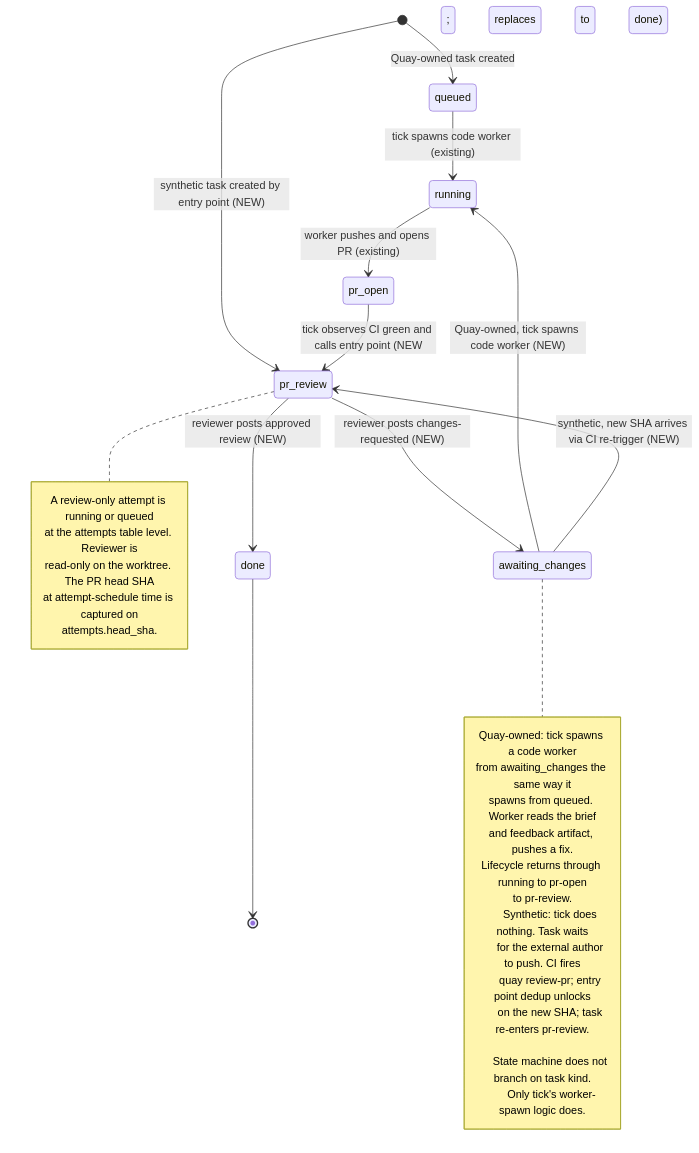
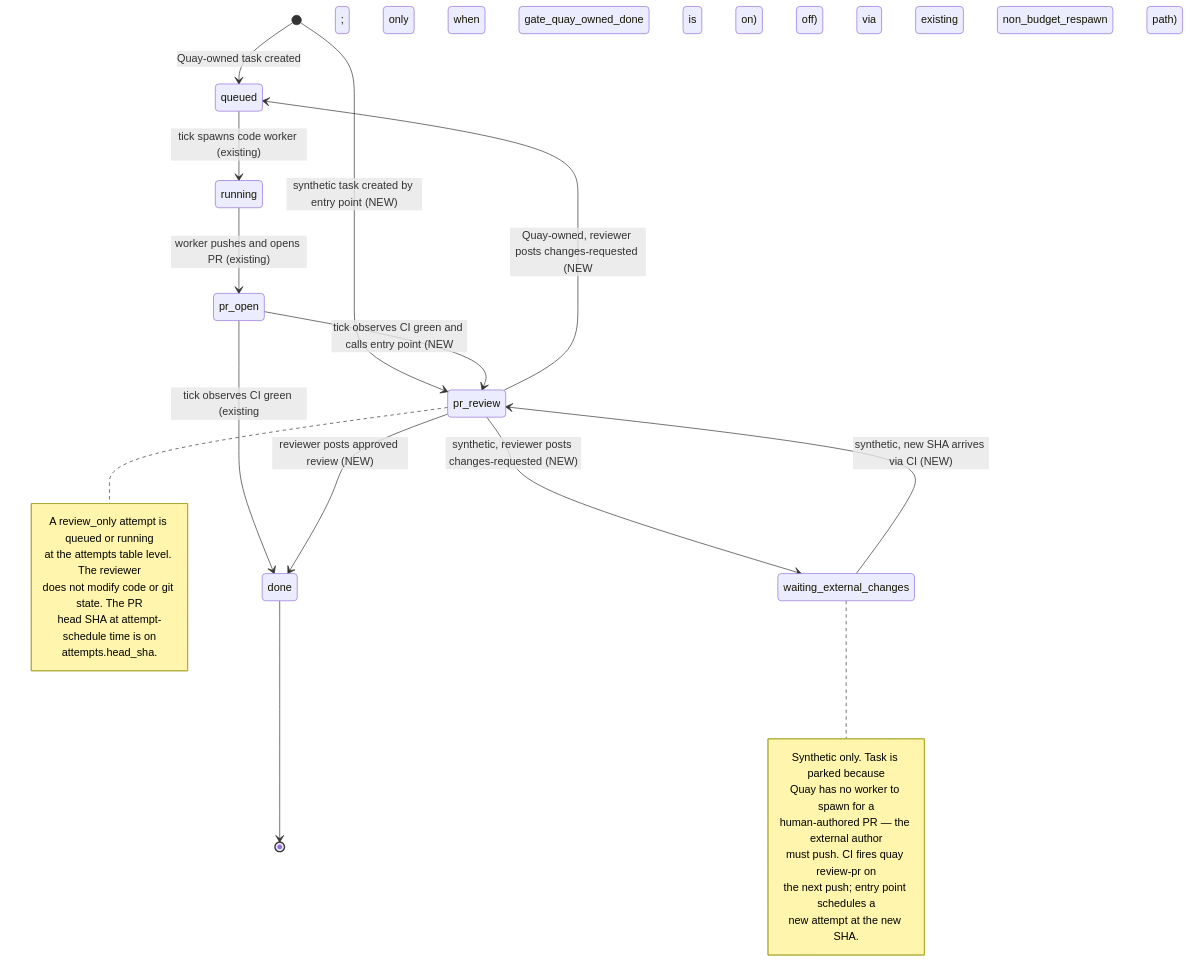
Before and after one commit to InverterNetwork/quay: the second of 2 diagrams in docs/quay-spec-pr-review.md, drawn with Mermaid. The commit also changed other lines of this file and 1 other file, not shown here.

````diff
--- a/docs/quay-spec-pr-review.md
+++ b/docs/quay-spec-pr-review.md
@@ -99,38 +104,31 @@
 ```mermaid
 stateDiagram-v2
     [*] --> queued: Quay-owned task created
     [*] --> pr_review: synthetic task created by entry point (NEW)
     queued --> running: tick spawns code worker (existing)
     running --> pr_open: worker pushes and opens PR (existing)
-    pr_open --> pr_review: tick observes CI green and calls entry point (NEW; replaces pr_open to done)
+    pr_open --> pr_review: tick observes CI green and calls entry point (NEW; only when gate_quay_owned_done is on)
+    pr_open --> done: tick observes CI green (existing; only when gate_quay_owned_done is off)
     pr_review --> done: reviewer posts approved review (NEW)
-    pr_review --> awaiting_changes: reviewer posts changes-requested (NEW)
-    awaiting_changes --> running: Quay-owned, tick spawns code worker (NEW)
-    awaiting_changes --> pr_review: synthetic, new SHA arrives via CI re-trigger (NEW)
+    pr_review --> queued: Quay-owned, reviewer posts changes-requested (NEW; via existing non_budget_respawn path)
+    pr_review --> waiting_external_changes: synthetic, reviewer posts changes-requested (NEW)
+    waiting_external_changes --> pr_review: synthetic, new SHA arrives via CI (NEW)
     done --> [*]
 
-    note right of awaiting_changes
-      Quay-owned: tick spawns a code worker
-      from awaiting_changes the same way it
-      spawns from queued. Worker reads the brief
-      and feedback artifact, pushes a fix.
-      Lifecycle returns through running to pr-open
-      to pr-review.
-
-      Synthetic: tick does nothing. Task waits
-      for the external author to push. CI fires
-      quay review-pr; entry point dedup unlocks
-      on the new SHA; task re-enters pr-review.
-
-      State machine does not branch on task kind.
-      Only tick's worker-spawn logic does.
+    note right of pr_review
+      A review_only attempt is queued or running
+      at the attempts table level. The reviewer
+      does not modify code or git state. The PR
+      head SHA at attempt-schedule time is on
+      attempts.head_sha.
     end note
 
-    note right of pr_review
-      A review-only attempt is running or queued
-      at the attempts table level. Reviewer is
-      read-only on the worktree. The PR head SHA
-      at attempt-schedule time is captured on
-      attempts.head_sha.
+    note right of waiting_external_changes
+      Synthetic only. Task is parked because
+      Quay has no worker to spawn for a
+      human-authored PR — the external author
+      must push. CI fires quay review-pr on
+      the next push; entry point schedules a
+      new attempt at the new SHA.
     end note
 ```
````
